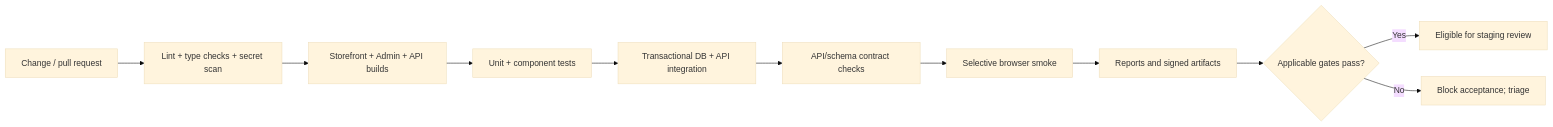
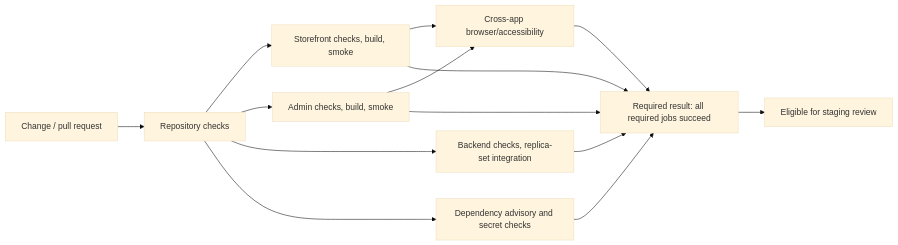
Before and after one commit to mdnuruzzamannirob/sportzone: the third of 4 diagrams in docs/TESTING.md, drawn with Mermaid (base theme). The commit also changed other lines of this file and 12 other files, not shown here.

````diff
--- a/docs/TESTING.md
+++ b/docs/TESTING.md
@@ -873,13 +859,16 @@
 ```mermaid
 flowchart LR
-    Commit[Change / pull request] --> Static[Lint + type checks + secret scan]
-    Static --> Build[Storefront + Admin + API builds]
-    Build --> Fast[Unit + component tests]
-    Fast --> DB[Transactional DB + API integration]
-    DB --> Contract[API/schema contract checks]
-    Contract --> Smoke[Selective browser smoke]
-    Smoke --> Evidence[Reports and signed artifacts]
-    Evidence --> Review{Applicable gates pass?}
-    Review -->|Yes| Stage[Eligible for staging review]
-    Review -->|No| Block[Block acceptance; triage]
+    Commit[Change / pull request] --> Repo[Repository checks]
+    Repo --> Store[Storefront checks, build, smoke]
+    Repo --> Admin[Admin checks, build, smoke]
+    Repo --> API[Backend checks, replica-set integration]
+    Repo --> Supply[Dependency advisory and secret checks]
+    Store --> Browser[Cross-app browser/accessibility]
+    Admin --> Browser
+    Store --> Result[Required result: all required jobs succeed]
+    Admin --> Result
+    API --> Result
+    Supply --> Result
+    Browser --> Result
+    Result --> Review[Eligible for staging review]
 ```
````
